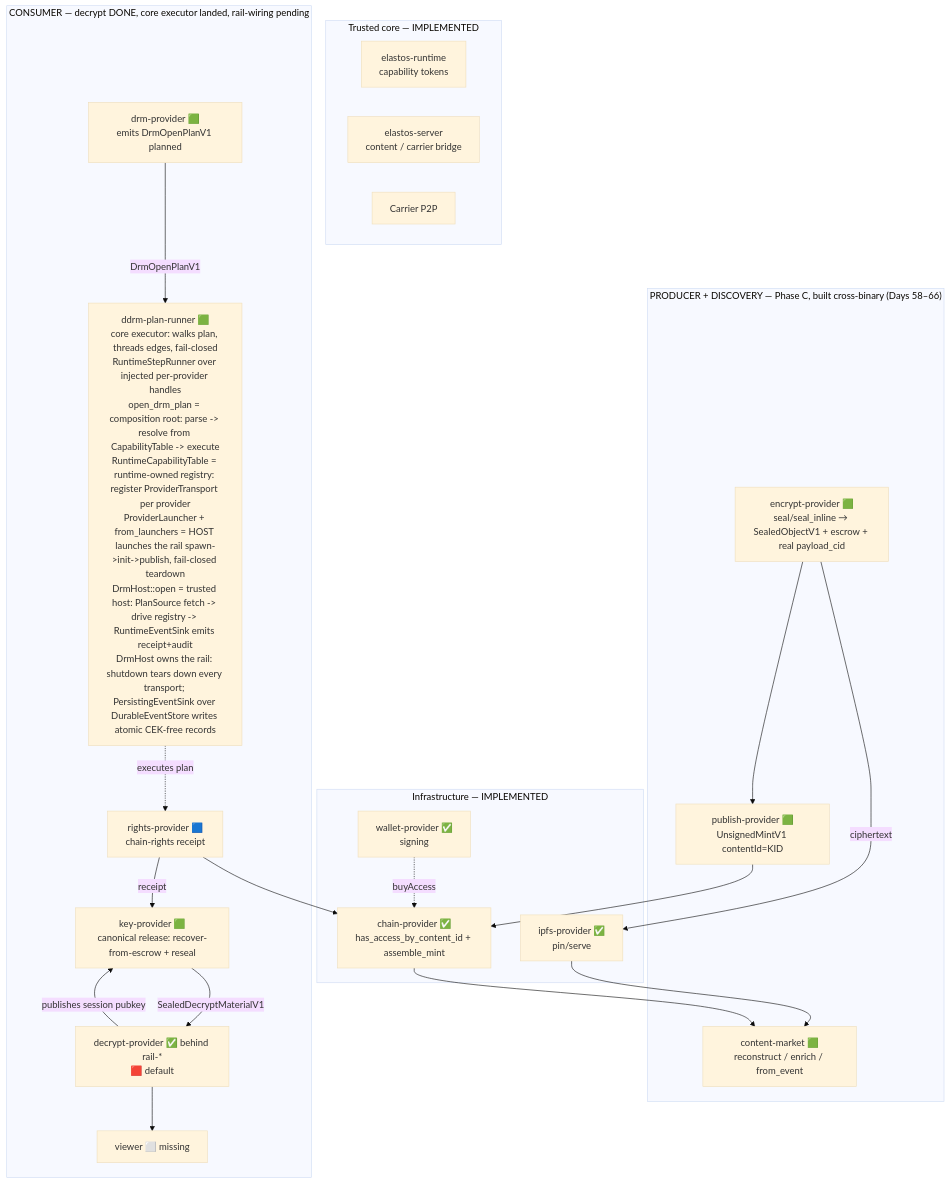
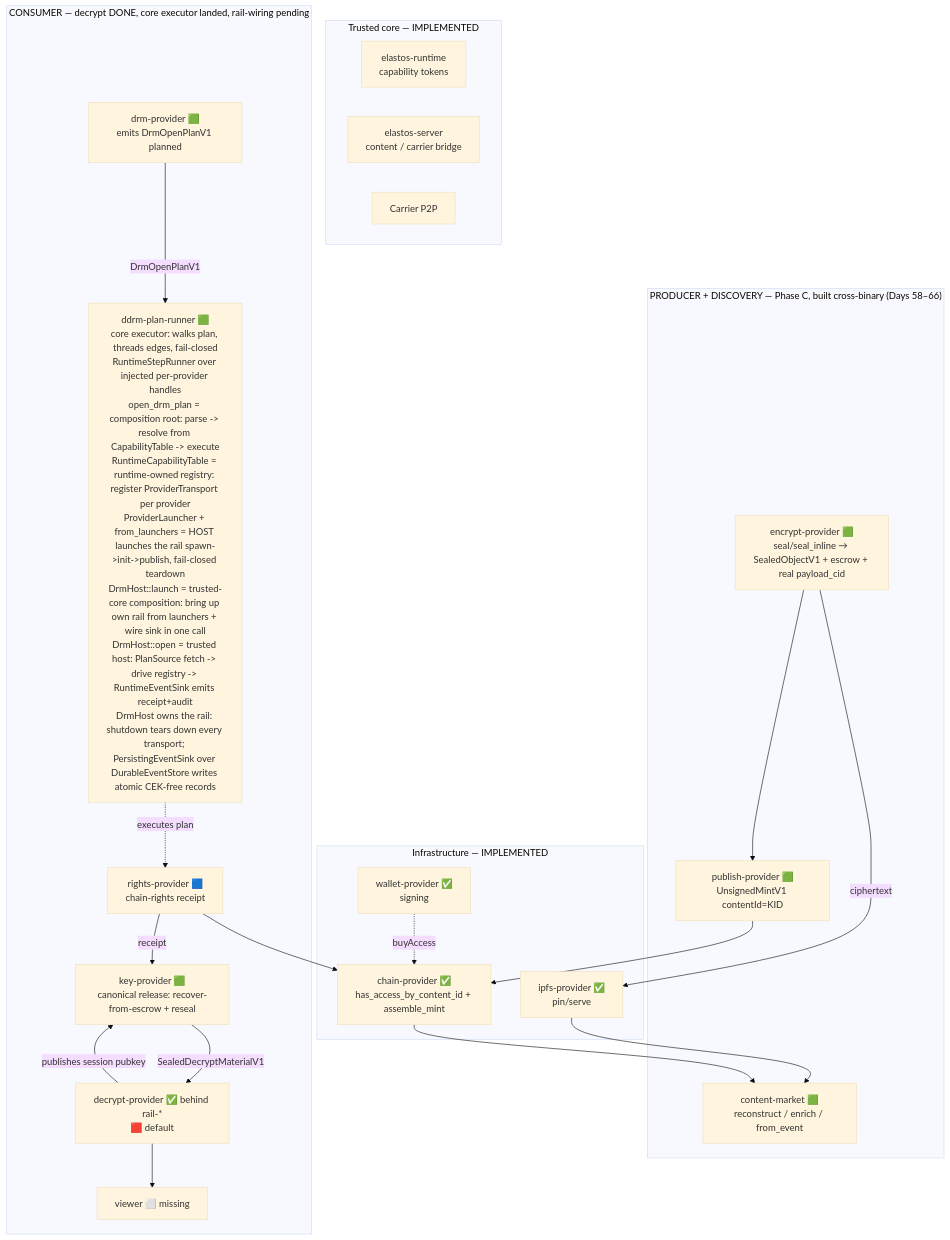
The first of 2 diagrams in docs/convergence/SYSTEM_ARCHITECTURE_MAP.md (Elacity/elastos-runtime), drawn with Mermaid (base theme) before and after one commit. The commit also changed other lines of this file and 9 other files, not shown here.

````diff
--- a/docs/convergence/SYSTEM_ARCHITECTURE_MAP.md
+++ b/docs/convergence/SYSTEM_ARCHITECTURE_MAP.md
@@ -122,34 +122,34 @@
 ```mermaid
 flowchart TB
   subgraph core["Trusted core — IMPLEMENTED"]
     RT[elastos-runtime<br/>capability tokens]
     SRV[elastos-server<br/>content / carrier bridge]
     CAR[Carrier P2P]
   end
   subgraph infra["Infrastructure — IMPLEMENTED"]
     IPFS[ipfs-provider ✅<br/>pin/serve]
     CHN[chain-provider ✅<br/>has_access_by_content_id + assemble_mint]
     WLT[wallet-provider ✅<br/>signing]
   end
   subgraph prod["PRODUCER + DISCOVERY — Phase C, built cross-binary (Days 58–66)"]
     ENC[encrypt-provider 🟩<br/>seal/seal_inline → SealedObjectV1 + escrow + real payload_cid]
     PUBP[publish-provider 🟩<br/>UnsignedMintV1 contentId=KID]
     MKT[content-market 🟩<br/>reconstruct / enrich / from_event]
   end
   subgraph cons["CONSUMER — decrypt DONE, core executor landed, rail-wiring pending"]
     DRM[drm-provider 🟩<br/>emits DrmOpenPlanV1 planned]
-    CORE[ddrm-plan-runner 🟩<br/>core executor: walks plan, threads edges, fail-closed<br/>RuntimeStepRunner over injected per-provider handles<br/>open_drm_plan = composition root: parse -> resolve from CapabilityTable -> execute<br/>RuntimeCapabilityTable = runtime-owned registry: register ProviderTransport per provider<br/>ProviderLauncher + from_launchers = HOST launches the rail spawn->init->publish, fail-closed teardown<br/>DrmHost::open = trusted host: PlanSource fetch -> drive registry -> RuntimeEventSink emits receipt+audit<br/>DrmHost owns the rail: shutdown tears down every transport; PersistingEventSink over DurableEventStore writes atomic CEK-free records]
+    CORE[ddrm-plan-runner 🟩<br/>core executor: walks plan, threads edges, fail-closed<br/>RuntimeStepRunner over injected per-provider handles<br/>open_drm_plan = composition root: parse -> resolve from CapabilityTable -> execute<br/>RuntimeCapabilityTable = runtime-owned registry: register ProviderTransport per provider<br/>ProviderLauncher + from_launchers = HOST launches the rail spawn->init->publish, fail-closed teardown<br/>DrmHost::launch = trusted-core composition: bring up own rail from launchers + wire sink in one call<br/>DrmHost::open = trusted host: PlanSource fetch -> drive registry -> RuntimeEventSink emits receipt+audit<br/>DrmHost owns the rail: shutdown tears down every transport; PersistingEventSink over DurableEventStore writes atomic CEK-free records]
     RTS[rights-provider 🟦<br/>chain-rights receipt]
     KEY[key-provider 🟩<br/>canonical release: recover-from-escrow + reseal]
     DEC[decrypt-provider ✅ behind rail-*<br/>🟥 default]
     VIEW[viewer ⬜ missing]
   end
   ENC --> PUBP --> CHN
   ENC -->|ciphertext| IPFS --> MKT
   CHN --> MKT
   WLT -. buyAccess .-> CHN
   DRM -->|DrmOpenPlanV1| CORE
   CORE -. executes plan .-> RTS --> CHN
   RTS -->|receipt| KEY -->|SealedDecryptMaterialV1| DEC --> VIEW
   DEC -->|publishes session pubkey| KEY
 ```
````
